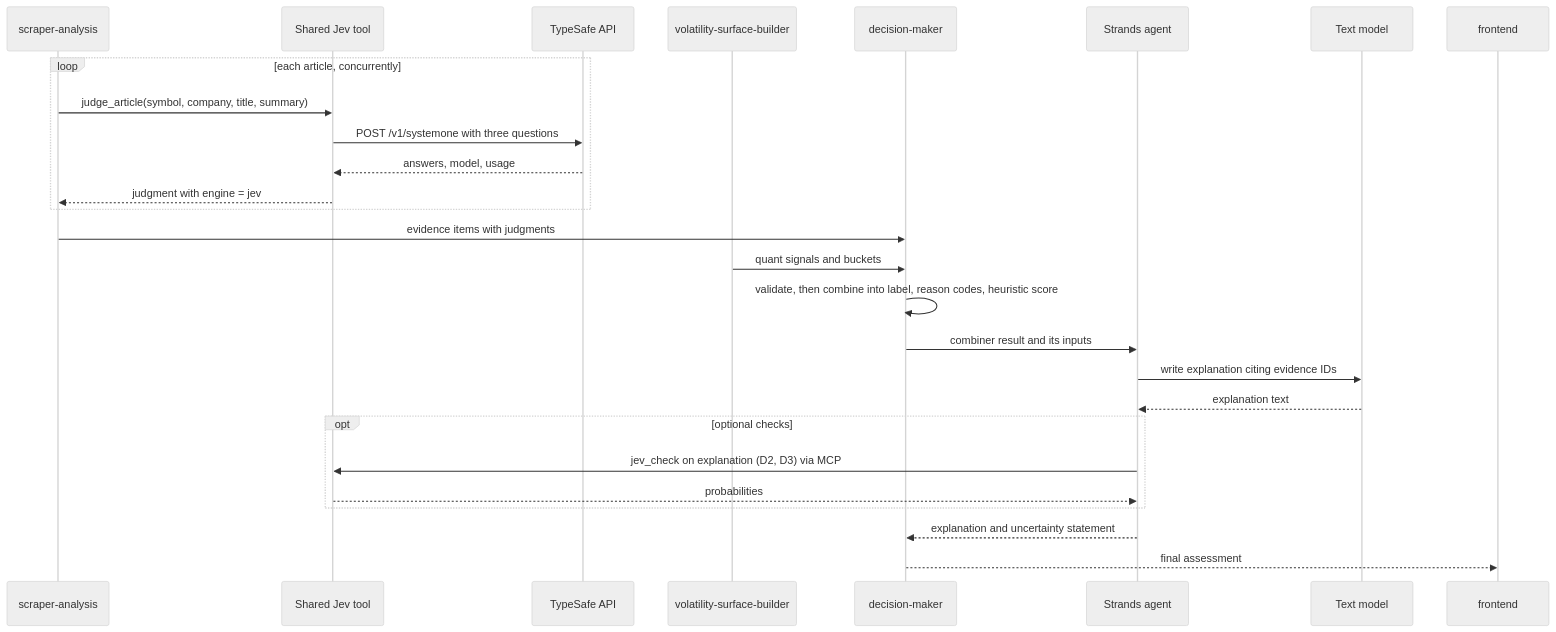
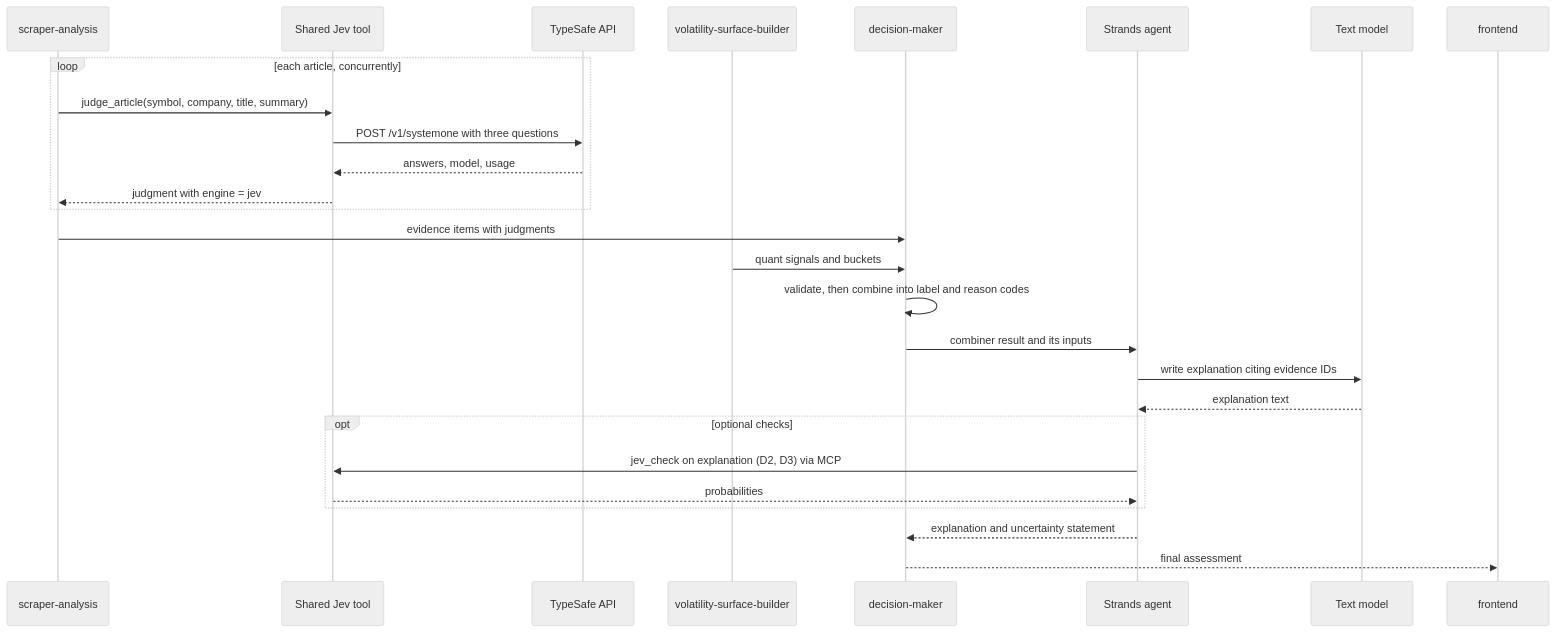
Before and after one commit to hemanthsrp/hackmidwest26: the second of 3 diagrams in docs/jev-integration-research.md, drawn with Mermaid (neutral theme). The commit also changed other lines of this file and 6 other files, not shown here.

````diff
--- a/docs/jev-integration-research.md
+++ b/docs/jev-integration-research.md
@@ -399,30 +442,30 @@
 ```mermaid
 sequenceDiagram
     participant SC as scraper-analysis
     participant T as Shared Jev tool
     participant J as TypeSafe API
     participant V as volatility-surface-builder
     participant DM as decision-maker
     participant AG as Strands agent
     participant L as Text model
     participant UI as frontend
 
     loop each article, concurrently
         SC->>T: judge_article(symbol, company, title, summary)
         T->>J: POST /v1/systemone with three questions
         J-->>T: answers, model, usage
         T-->>SC: judgment with engine = jev
     end
     SC->>DM: evidence items with judgments
     V->>DM: quant signals and buckets
-    DM->>DM: validate, then combine into label, reason codes, heuristic score
+    DM->>DM: validate, then combine into label and reason codes
     DM->>AG: combiner result and its inputs
     AG->>L: write explanation citing evidence IDs
     L-->>AG: explanation text
     opt optional checks
         AG->>T: jev_check on explanation (D2, D3) via MCP
         T-->>AG: probabilities
     end
     AG-->>DM: explanation and uncertainty statement
     DM-->>UI: final assessment
 ```
````
